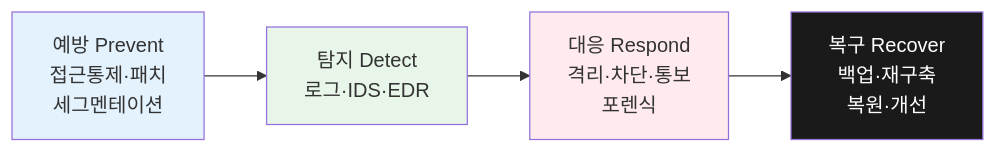
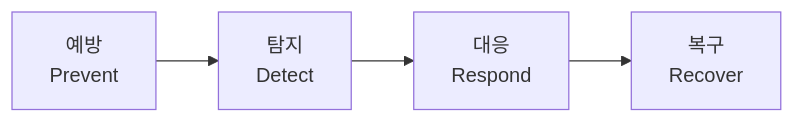
Before and after one commit to KMUTMU/information-security: the third of 5 diagrams in 01_보안개념_CIA_정리.md, drawn with Mermaid. The commit also changed other lines of this file and 5 other files, not shown here.

Commit message:
Mermaid 다이어그램 가독성 개선: 짧은 라벨·이모지 제거·색상 최소화

````diff
--- a/01_보안개념_CIA_정리.md
+++ b/01_보안개념_CIA_정리.md
@@ -144,10 +146,4 @@
 ```mermaid
 flowchart LR
-    P["예방 Prevent<br/>접근통제·패치<br/>세그멘테이션"] --> D["탐지 Detect<br/>로그·IDS·EDR"]
-    D --> R["대응 Respond<br/>격리·차단·통보<br/>포렌식"]
-    R --> RC["복구 Recover<br/>백업·재구축<br/>복원·개선"]
-    style P fill:#e3f2fd
-    style D fill:#e8f5e9
-    style R fill:#ffebee
-    style RC fill:#1a1a1a,color:#fff
+    P["예방<br/>Prevent"] --> D["탐지<br/>Detect"] --> R["대응<br/>Respond"] --> RC["복구<br/>Recover"]
 ```
````
